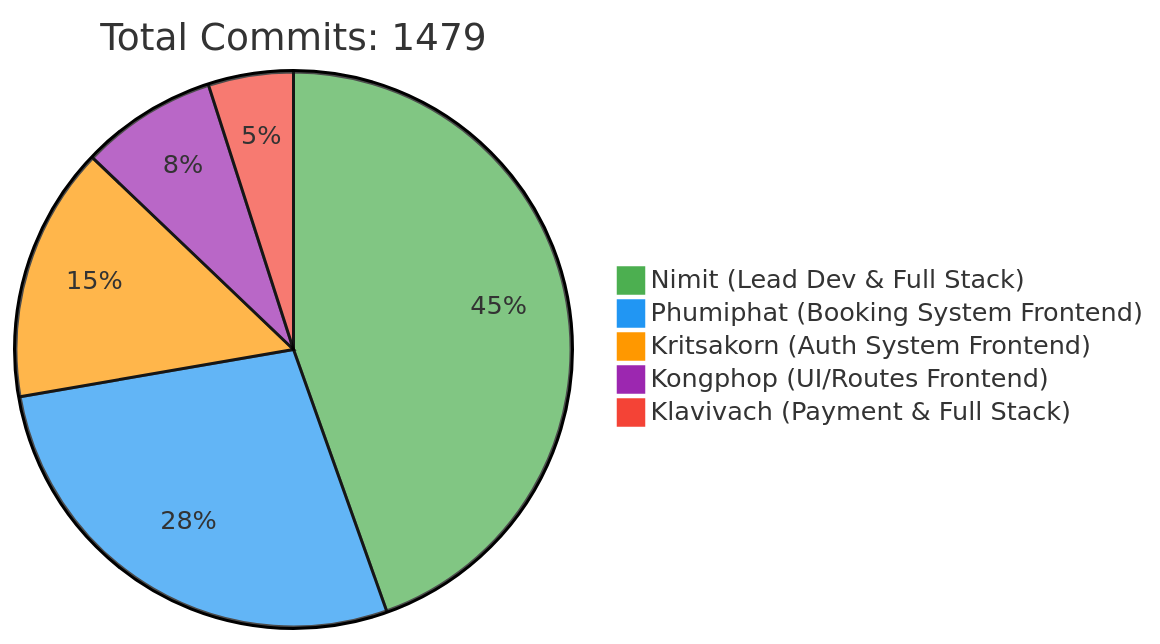
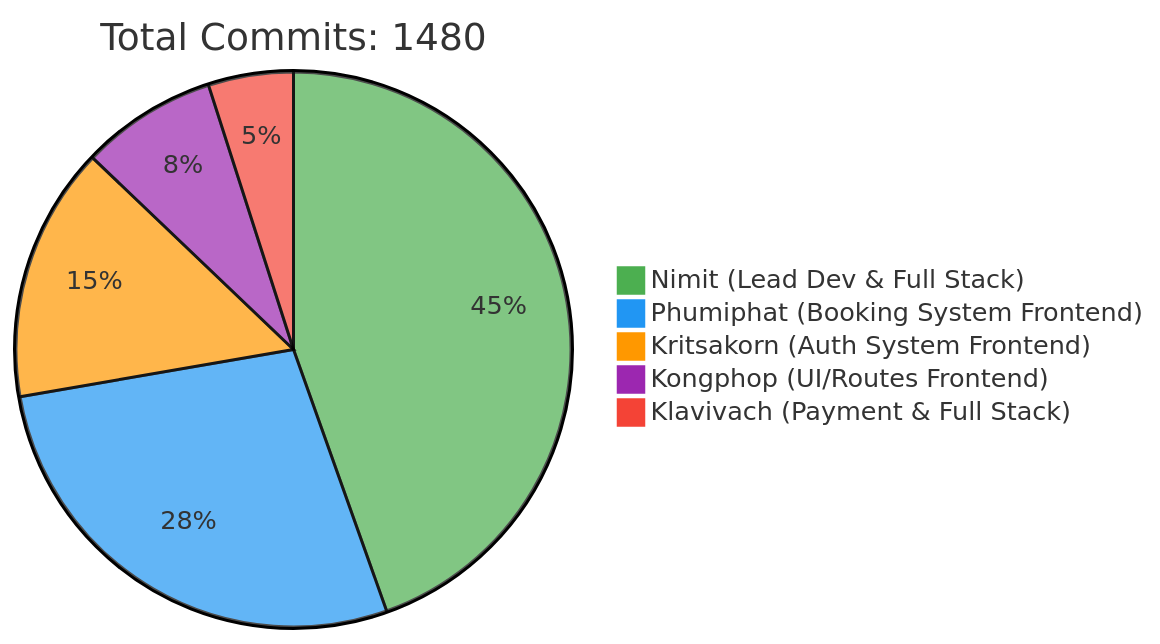
The first of 2 diagrams in README.md (6531503042/Sport-Complex), drawn with Mermaid before and after one commit. The commit also changed other lines of this file, not shown here.

Commit message:
docs: Update contributor statistics [skip ci]

````diff
--- a/README.md
+++ b/README.md
@@ -257,10 +257,10 @@
 ```mermaid
 %%{init: {'theme': 'base', 'themeVariables': { 'pie1': '#4CAF50', 'pie2': '#2196F3', 'pie3': '#FF9800', 'pie4': '#9C27B0', 'pie5': '#F44336'}}}%%
 pie
-    title Total Commits: 1479
+    title Total Commits: 1480
     "Nimit (Lead Dev & Full Stack)" : 450
     "Phumiphat (Booking System Frontend)" : 280
     "Kritsakorn (Auth System Frontend)" : 150
     "Kongphop (UI/Routes Frontend)" : 80
     "Klavivach (Payment & Full Stack)" : 50
 ```
````
